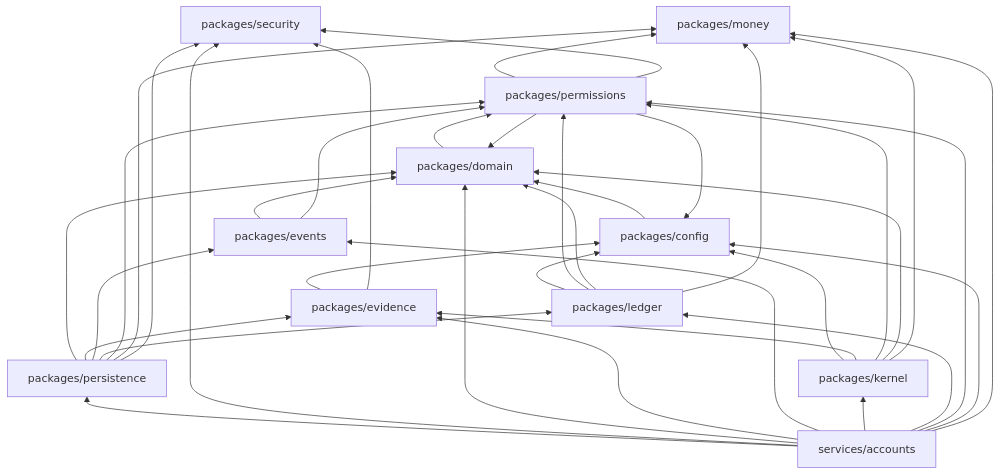
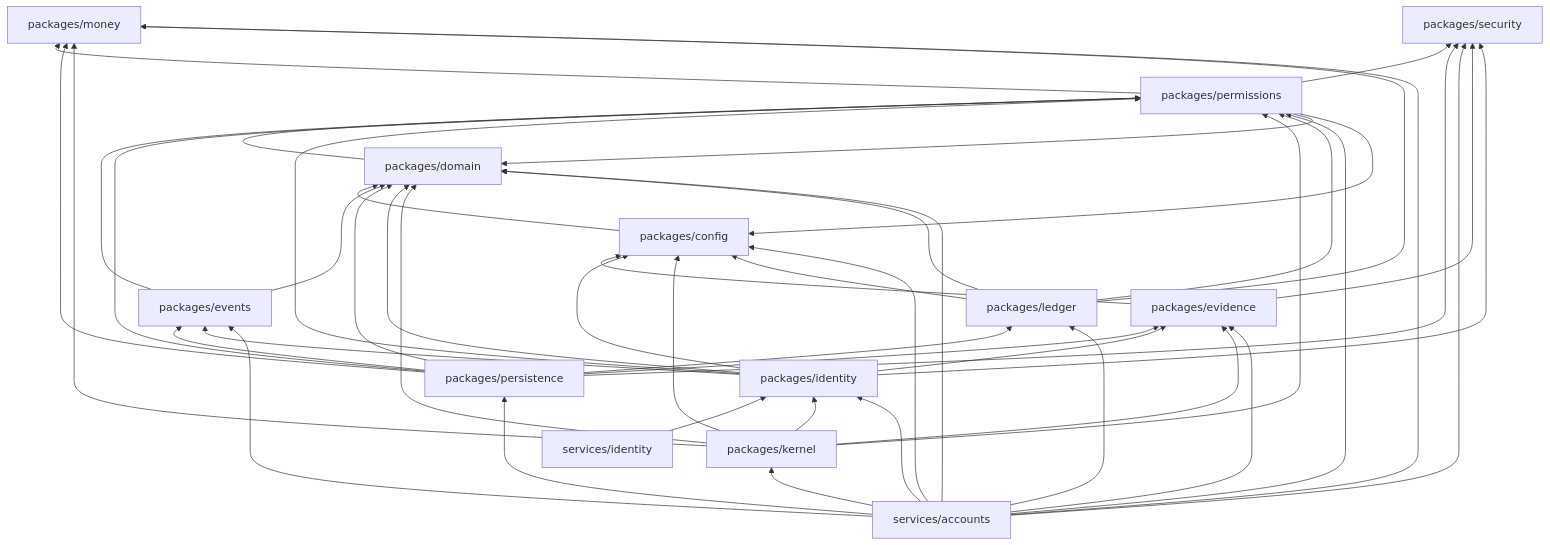
Before and after one commit to reyesnick54/solstice: the second of 2 diagrams in docs/architecture/constitution.md, drawn with Mermaid. The commit also changed other lines of this file and 52 other files, not shown here.

````diff
--- a/docs/architecture/constitution.md
+++ b/docs/architecture/constitution.md
@@ -311,51 +314,62 @@
 ```mermaid
 flowchart BT
   money["packages/money"]
   security["packages/security"]
   config["packages/config"]
   domain["packages/domain"]
   events["packages/events"]
   evidence["packages/evidence"]
   permissions["packages/permissions"]
+  identity["packages/identity"]
   kernel["packages/kernel"]
   ledger["packages/ledger"]
   accounts["services/accounts"]
+  identitySvc["services/identity"]
 
   config --> domain
   domain --> permissions
   permissions --> domain
   permissions --> money
   permissions --> config
   permissions --> security
   events --> domain
   events --> permissions
   persistence["packages/persistence"]
   persistence --> domain
   persistence --> evidence
   persistence --> events
   persistence --> ledger
   persistence --> permissions
   persistence --> money
   persistence --> security
   accounts --> persistence
   accounts --> security
   evidence --> config
   evidence --> security
+  identity --> domain
+  identity --> security
+  identity --> permissions
+  identity --> config
+  identity --> evidence
+  identity --> events
+  identitySvc --> identity
   kernel --> config
   kernel --> evidence
   kernel --> permissions
   kernel --> domain
   kernel --> money
+  kernel --> identity
   ledger --> config
   ledger --> permissions
   ledger --> domain
   ledger --> money
   accounts --> domain
   accounts --> evidence
   accounts --> events
   accounts --> kernel
   accounts --> ledger
   accounts --> permissions
   accounts --> config
   accounts --> money
+  accounts --> identity
 ```
````
